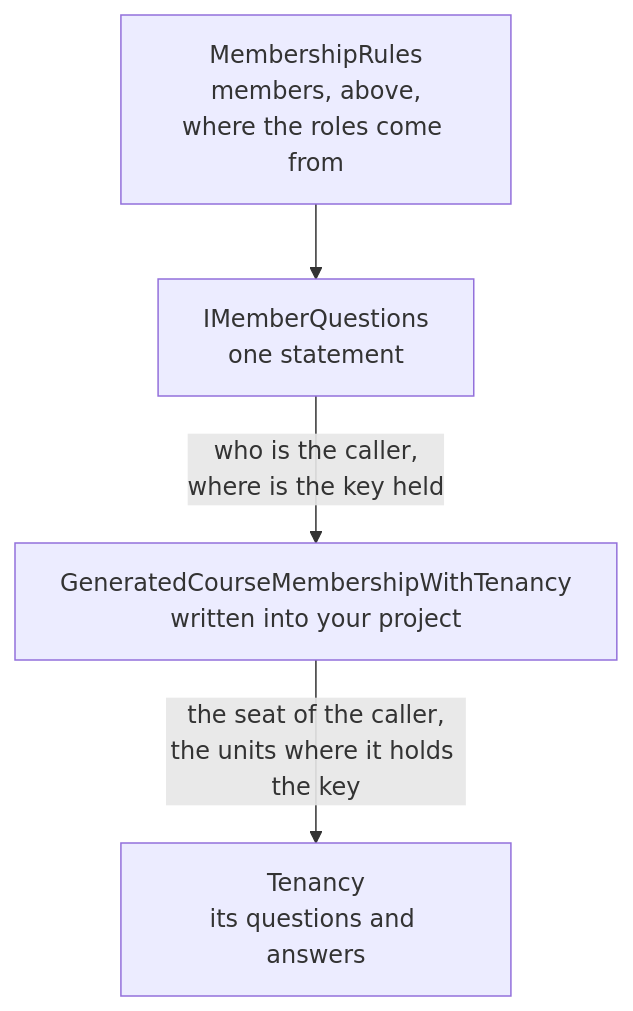
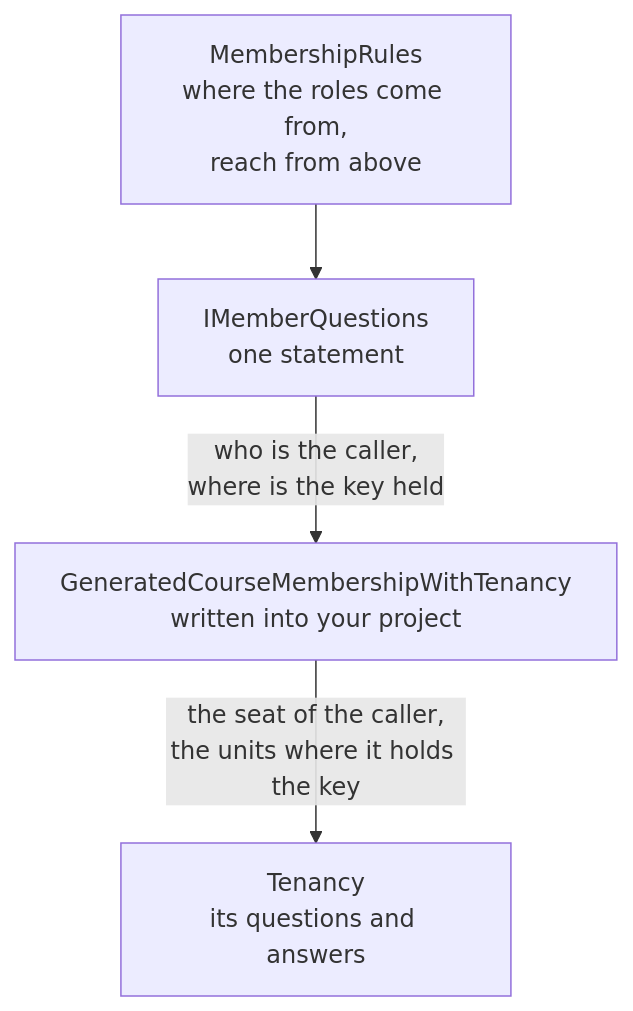
The fifth of 6 diagrams in docs/membership.md (DylanSnel/DDDToolkit), drawn with Mermaid before and after one commit. The commit also changed other lines of this file and 263 other files, not shown here.

````diff
--- a/docs/membership.md
+++ b/docs/membership.md
@@ -1216,6 +1405,6 @@
 ```mermaid
 flowchart TB
-    Rules["MembershipRules<br/>members, above,<br/>where the roles come from"] --> Questions["IMemberQuestions<br/>one statement"]
+    Rules["MembershipRules<br/>where the roles come from,<br/>reach from above"] --> Questions["IMemberQuestions<br/>one statement"]
     Questions -- "who is the caller,<br/>where is the key held" --> Written["GeneratedCourseMembershipWithTenancy<br/>written into your project"]
     Written -- "the seat of the caller,<br/>the units where it holds the key" --> Tenancy["Tenancy<br/>its questions and answers"]
 ```
````
